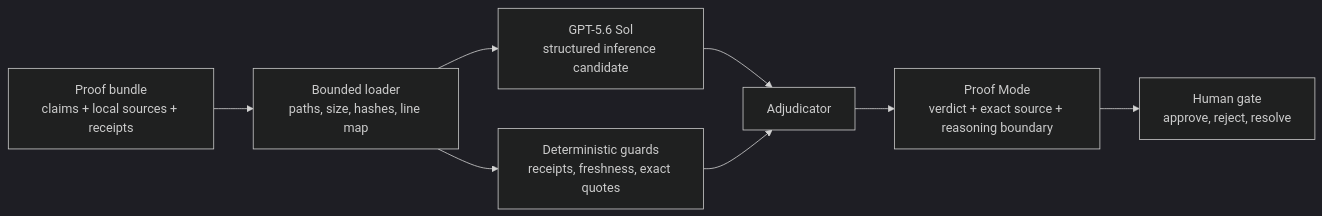
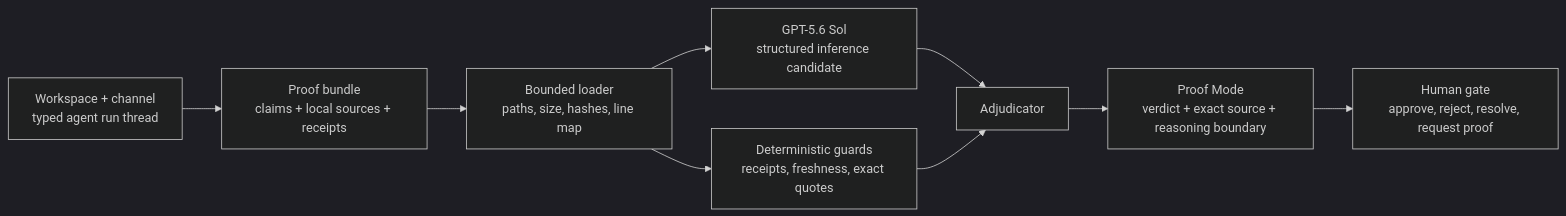
One commit to jlekerli-source/halba changed the diagram in docs/architecture.md. Above: the diagram before and after it, drawn with Mermaid (dark theme). The commit also changed other lines of this file and 39 other files, not shown here.

Commit message:
feat: turn Halba into an agent workspace

````diff
--- a/docs/architecture.md
+++ b/docs/architecture.md
@@ -5,10 +5,11 @@
 ```mermaid
 flowchart LR
-  A["Proof bundle<br/>claims + local sources + receipts"] --> B["Bounded loader<br/>paths, size, hashes, line map"]
+  W["Workspace + channel<br/>typed agent run thread"] --> A["Proof bundle<br/>claims + local sources + receipts"]
+  A --> B["Bounded loader<br/>paths, size, hashes, line map"]
   B --> C["GPT-5.6 Sol<br/>structured inference candidate"]
   B --> D["Deterministic guards<br/>receipts, freshness, exact quotes"]
   C --> E["Adjudicator"]
   D --> E
   E --> F["Proof Mode<br/>verdict + exact source + reasoning boundary"]
-  F --> G["Human gate<br/>approve, reject, resolve"]
+  F --> G["Human gate<br/>approve, reject, resolve, request proof"]
 ```
````
